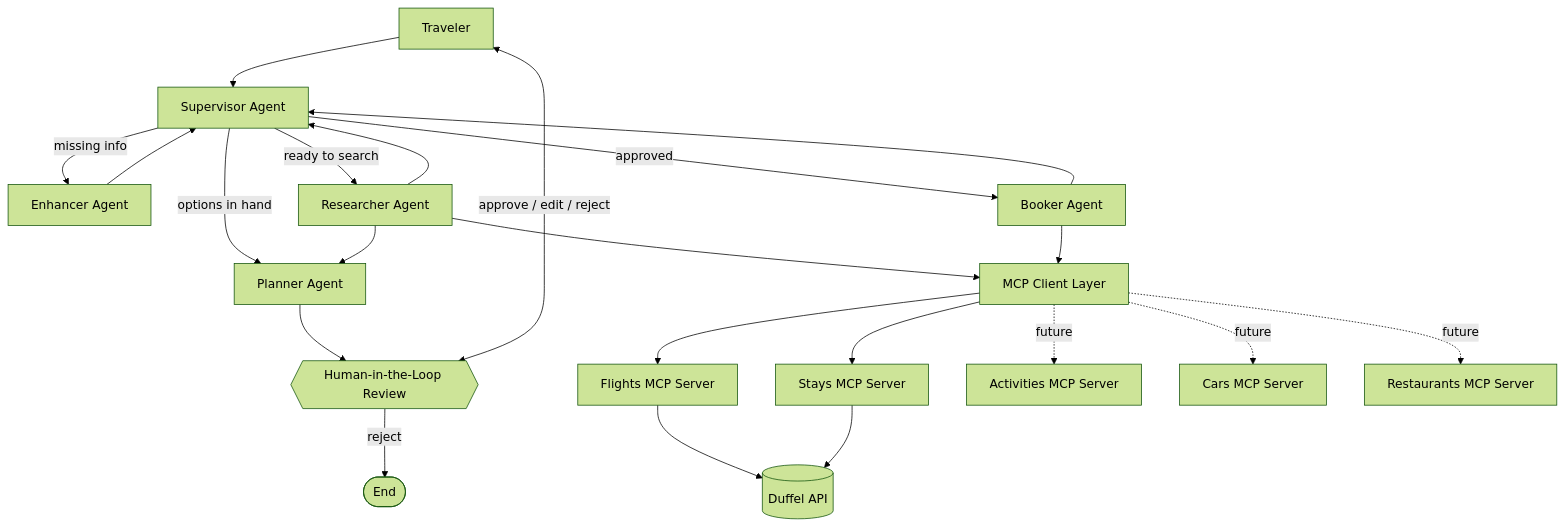
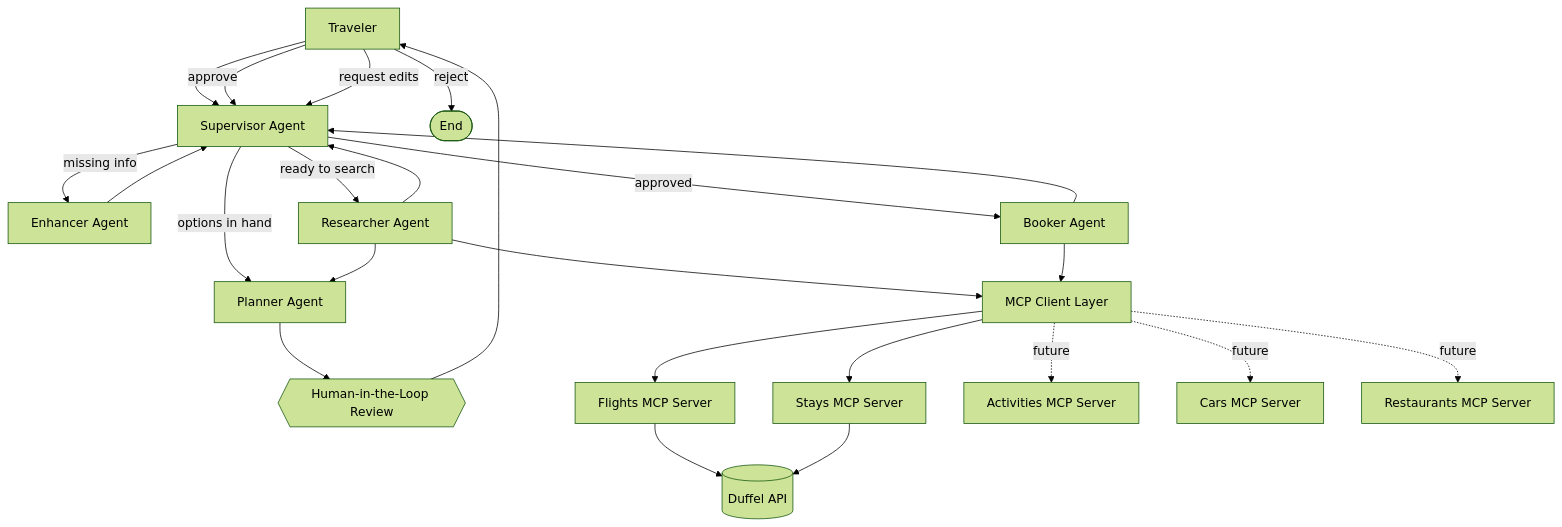
Before and after one commit to Minal18/ai-trip-planner-chatbot: the first of 9 diagrams in docs/architecture.md, drawn with Mermaid (forest theme).

Commit message:
Alternate HITL diagram: explicit approve/edit/reject edges sourced from Traveler

````diff
--- a/docs/architecture.md
+++ b/docs/architecture.md
@@ -19,32 +19,34 @@
 ```mermaid
 graph TD
     User[Traveler] --> Supervisor[Supervisor Agent]
 
     Supervisor -->|missing info| Enhancer[Enhancer Agent]
     Supervisor -->|ready to search| Researcher[Researcher Agent]
     Supervisor -->|options in hand| Planner[Planner Agent]
 
     Researcher --> Planner
 
     Enhancer --> Supervisor
     Researcher --> Supervisor
 
     Planner --> HITL{{Human-in-the-Loop Review}}
-    HITL <-->|approve / edit / reject| User
-    HITL -->|reject| End([End])
+    HITL --> User
+    User -->|approve| Supervisor
+    User -->|request edits| Supervisor
+    User -->|reject| End([End])
 
     Supervisor -->|approved| Booker[Booker Agent]
     Booker --> Supervisor
 
     Researcher --> MCPClient[MCP Client Layer]
     Booker --> MCPClient
 
     MCPClient --> FlightsMCP[Flights MCP Server]
     MCPClient --> StaysMCP[Stays MCP Server]
     MCPClient -.future.-> ActivitiesMCP[Activities MCP Server]
     MCPClient -.future.-> CarsMCP[Cars MCP Server]
     MCPClient -.future.-> RestaurantsMCP[Restaurants MCP Server]
 
     FlightsMCP --> Duffel[(Duffel API)]
     StaysMCP --> Duffel
 ```
````
